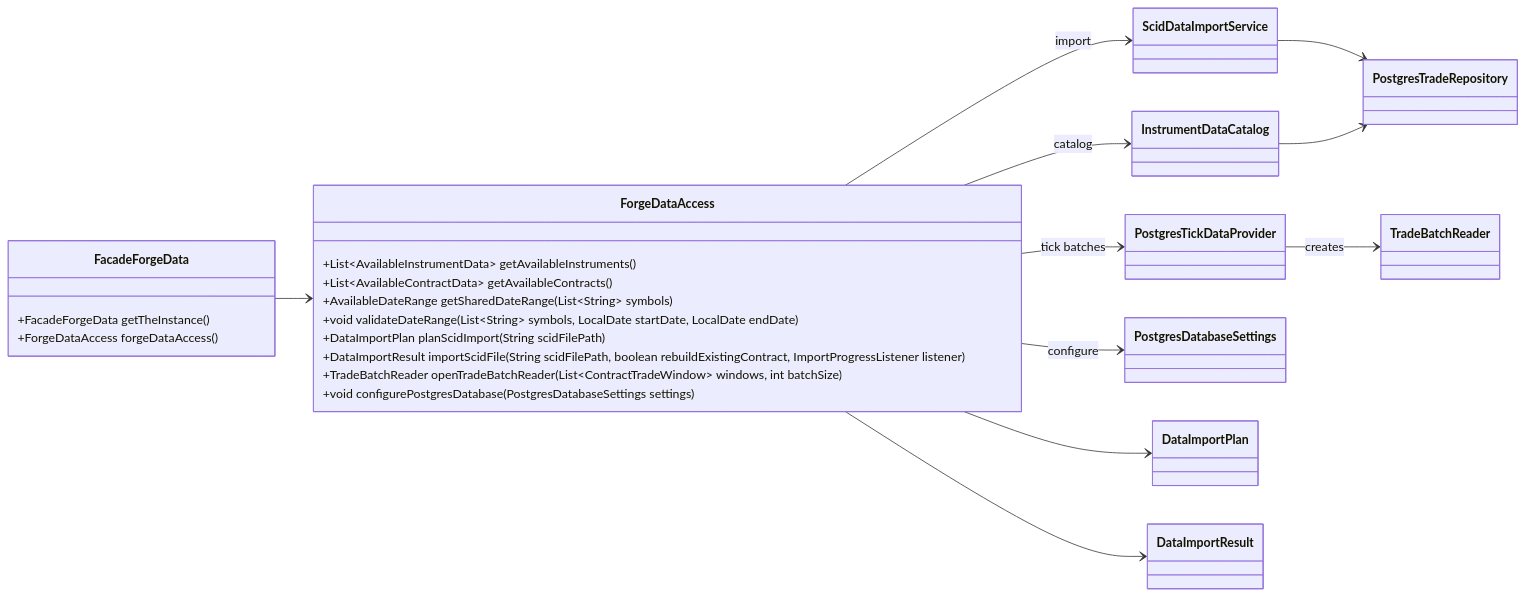
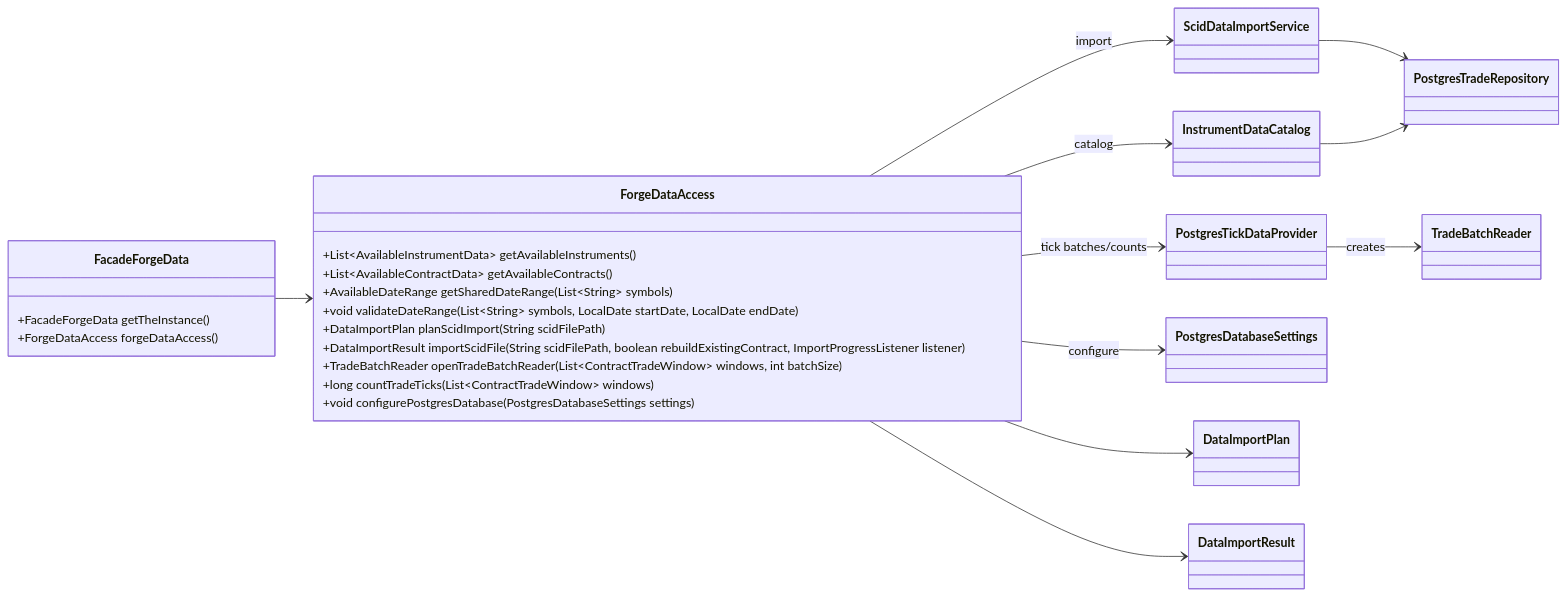
One commit to probst-paul/FORGE changed the sixth of 19 diagrams in class-model.md. Above: the diagram before and after it, drawn with Mermaid. The commit also changed other lines of this file and 19 other files, not shown here.

````diff
--- a/class-model.md
+++ b/class-model.md
@@ -379,40 +393,41 @@
 ```mermaid
 classDiagram
     direction LR
 
     class FacadeForgeData {
         +FacadeForgeData getTheInstance()
         +ForgeDataAccess forgeDataAccess()
     }
 
     class ForgeDataAccess {
         +List~AvailableInstrumentData~ getAvailableInstruments()
         +List~AvailableContractData~ getAvailableContracts()
         +AvailableDateRange getSharedDateRange(List~String~ symbols)
         +void validateDateRange(List~String~ symbols, LocalDate startDate, LocalDate endDate)
         +DataImportPlan planScidImport(String scidFilePath)
         +DataImportResult importScidFile(String scidFilePath, boolean rebuildExistingContract, ImportProgressListener listener)
         +TradeBatchReader openTradeBatchReader(List~ContractTradeWindow~ windows, int batchSize)
+        +long countTradeTicks(List~ContractTradeWindow~ windows)
         +void configurePostgresDatabase(PostgresDatabaseSettings settings)
     }
 
     class InstrumentDataCatalog
     class ScidDataImportService
     class PostgresTradeRepository
     class PostgresTickDataProvider
     class PostgresDatabaseSettings
     class TradeBatchReader
     class DataImportPlan
     class DataImportResult
 
     FacadeForgeData --> ForgeDataAccess
     ForgeDataAccess --> InstrumentDataCatalog : catalog
     ForgeDataAccess --> ScidDataImportService : import
-    ForgeDataAccess --> PostgresTickDataProvider : tick batches
+    ForgeDataAccess --> PostgresTickDataProvider : tick batches/counts
     ForgeDataAccess --> PostgresDatabaseSettings : configure
     ScidDataImportService --> PostgresTradeRepository
     InstrumentDataCatalog --> PostgresTradeRepository
     PostgresTickDataProvider --> TradeBatchReader : creates
     ForgeDataAccess --> DataImportPlan
     ForgeDataAccess --> DataImportResult
 ```
````
